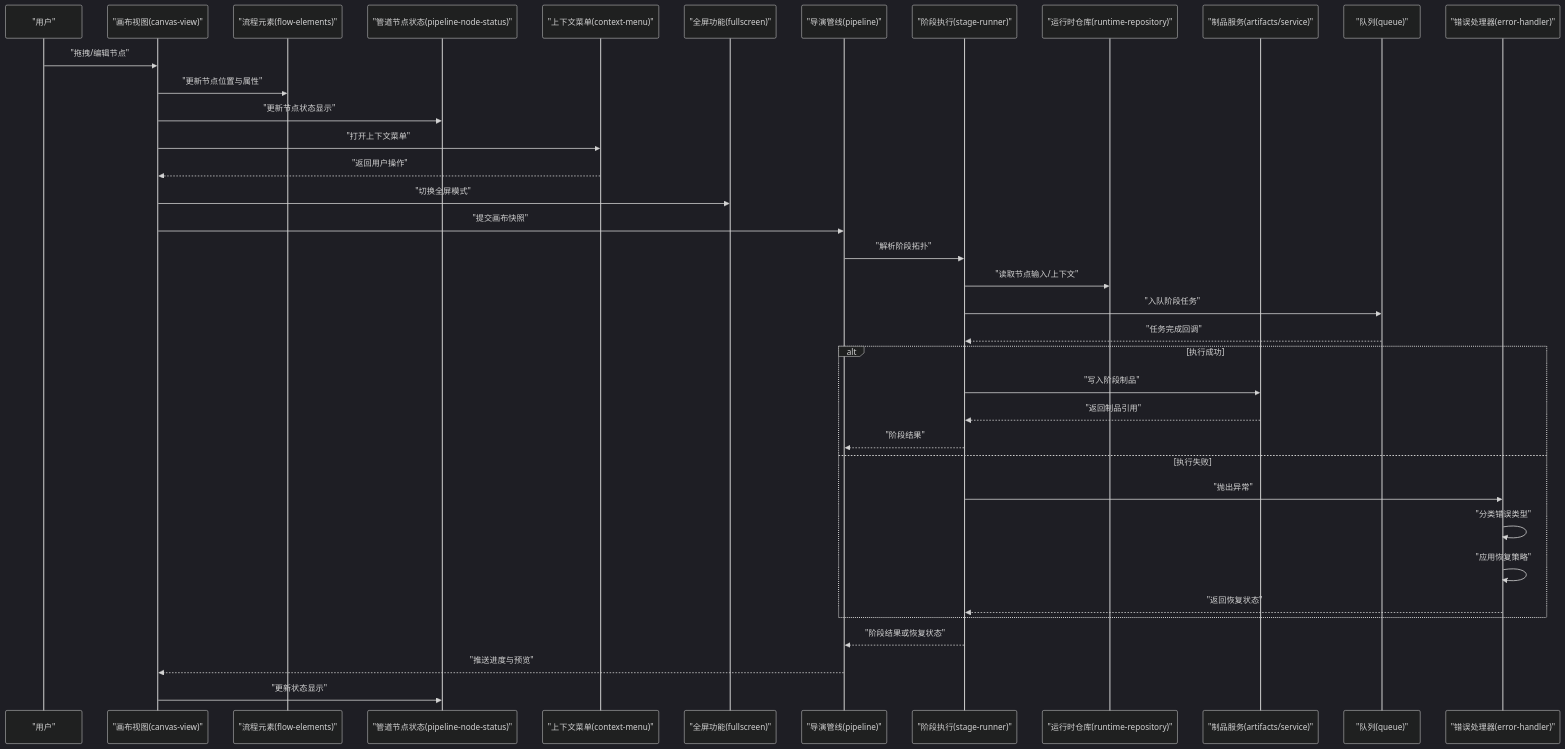
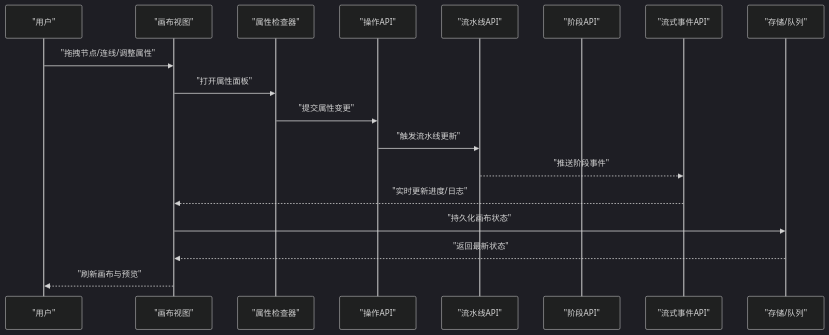
Before and after one commit to scottcwy/PurpleInk: the second of 11 diagrams in .qoder/repowiki/zh/content/画布编辑器/画布编辑器.md, drawn with Mermaid (dark theme). The commit also changed other lines of this file and 872 other files, not shown here.

````diff
--- a/.qoder/repowiki/zh/content/画布编辑器/画布编辑器.md
+++ b/.qoder/repowiki/zh/content/画布编辑器/画布编辑器.md
@@ -223,39 +199,20 @@
 ```mermaid
 sequenceDiagram
-participant U as "用户"
-participant CV as "画布视图(canvas-view)"
-participant FE as "流程元素(flow-elements)"
-participant PNS as "管道节点状态(pipeline-node-status)"
-participant CM as "上下文菜单(context-menu)"
-participant FS as "全屏功能(fullscreen)"
-participant PI as "导演管线(pipeline)"
-participant SR as "阶段执行(stage-runner)"
-participant RR as "运行时仓库(runtime-repository)"
-participant AR as "制品服务(artifacts/service)"
-participant Q as "队列(queue)"
-participant EH as "错误处理器(error-handler)"
-U->>CV : "拖拽/编辑节点"
-CV->>FE : "更新节点位置与属性"
-CV->>PNS : "更新节点状态显示"
-CV->>CM : "打开上下文菜单"
-CM-->>CV : "返回用户操作"
-CV->>FS : "切换全屏模式"
-CV->>PI : "提交画布快照"
-PI->>SR : "解析阶段拓扑"
-SR->>RR : "读取节点输入/上下文"
-SR->>Q : "入队阶段任务"
-Q-->>SR : "任务完成回调"
-alt 执行成功
-SR->>AR : "写入阶段制品"
-AR-->>SR : "返回制品引用"
-SR-->>PI : "阶段结果"
-else 执行失败
-SR->>EH : "抛出异常"
-EH->>EH : "分类错误类型"
-EH->>EH : "应用恢复策略"
-EH-->>SR : "返回恢复状态"
-end
-SR-->>PI : "阶段结果或恢复状态"
-PI-->>CV : "推送进度与预览"
-CV->>PNS : "更新状态显示"
+participant User as "用户"
+participant CanvasView as "画布视图"
+participant Inspector as "属性检查器"
+participant Actions as "操作API"
+participant PipelineAPI as "流水线API"
+participant StageAPI as "阶段API"
+participant StreamAPI as "流式事件API"
+participant Store as "存储/队列"
+User->>CanvasView : "拖拽节点/连线/调整属性"
+CanvasView->>Inspector : "打开属性面板"
+Inspector->>Actions : "提交属性变更"
+Actions->>PipelineAPI : "触发流水线更新"
+PipelineAPI-->>StreamAPI : "推送阶段事件"
+StreamAPI-->>CanvasView : "实时更新进度/日志"
+CanvasView->>Store : "持久化画布状态"
+Store-->>CanvasView : "返回最新状态"
+CanvasView-->>User : "刷新画布与预览"
 ```
````
